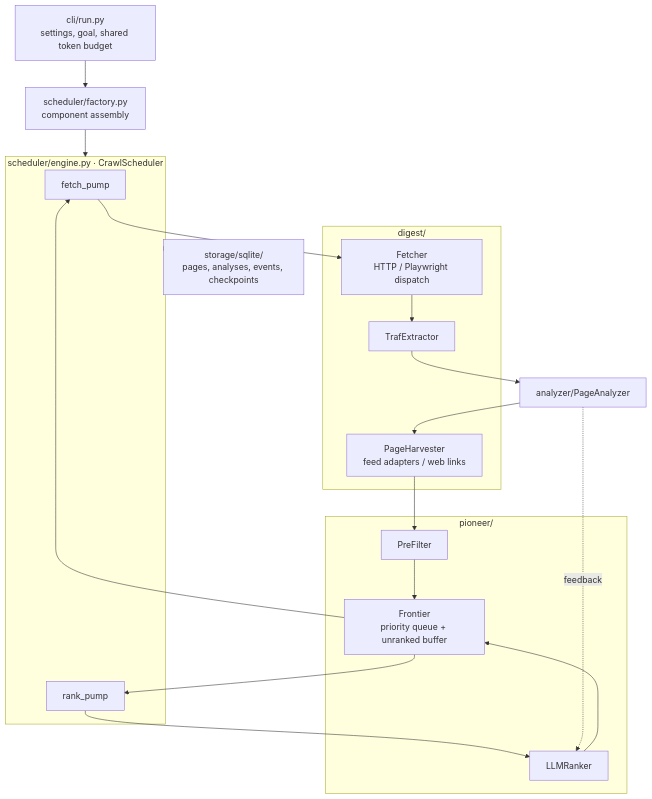
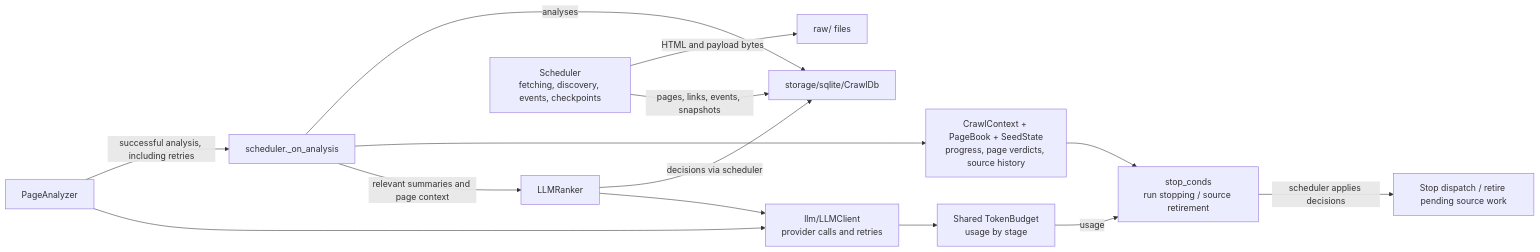
Before and after one commit to shixuan/crawl-me-maybe: the second of 2 diagrams in docs/arch.md, drawn with Mermaid. The commit also changed other lines of this file and 1 other file, not shown here.

Commit message:
docs: clarify ranking and analysis flow

````diff
--- a/docs/arch.md
+++ b/docs/arch.md
@@ -8,26 +157,18 @@
 ```mermaid
-flowchart TB
-    cli["cli/run.py<br>settings, goal, shared token budget"] --> factory["scheduler/factory.py<br>component assembly"]
-    factory --> engine
-    subgraph engine["scheduler/engine.py · CrawlScheduler"]
-        fetchpump[fetch_pump]
-        rankpump[rank_pump]
-    end
-    subgraph pioneer["pioneer/"]
-        frontier["Frontier<br>priority queue + unranked buffer"]
-        filter[PreFilter]
-        ranker[LLMRanker]
-    end
-    subgraph digest["digest/"]
-        fetcher["Fetcher<br>HTTP / Playwright dispatch"]
-        extractor[TrafExtractor]
-        harvest["PageHarvester<br>feed adapters / web links"]
-    end
-    frontier --> fetchpump
-    fetchpump --> fetcher --> extractor
-    extractor --> analyzer["analyzer/PageAnalyzer"]
-    analyzer --> harvest --> filter --> frontier
-    frontier --> rankpump --> ranker --> frontier
-    analyzer -. feedback .-> ranker
-    engine --> storage["storage/sqlite/<br>pages, analyses, events, checkpoints"]
+flowchart LR
+    ranker[LLMRanker] --> clients["llm/LLMClient<br>provider calls and retries"]
+    analyzer[PageAnalyzer] --> clients
+    clients --> budget["Shared TokenBudget<br>usage by stage"]
+
+    analyzer -->|successful analysis, including retries| sink["scheduler._on_analysis"]
+    sink -->|relevant summaries and page context| ranker
+    sink --> state["CrawlContext + PageBook + SeedState<br>progress, page verdicts, source history"]
+    state --> policies["stop_conds<br>run stopping / source retirement"]
+    budget -->|usage| policies
+    policies -->|scheduler applies decisions| control["Stop dispatch / retire pending source work"]
+
+    ranker -->|decisions via scheduler| storage["storage/sqlite/CrawlDb"]
+    sink -->|analyses| storage
+    scheduler["Scheduler<br>fetching, discovery, events, checkpoints"] -->|pages, links, events, snapshots| storage
+    scheduler -->|HTML and payload bytes| raw["raw/ files"]
 ```
````
